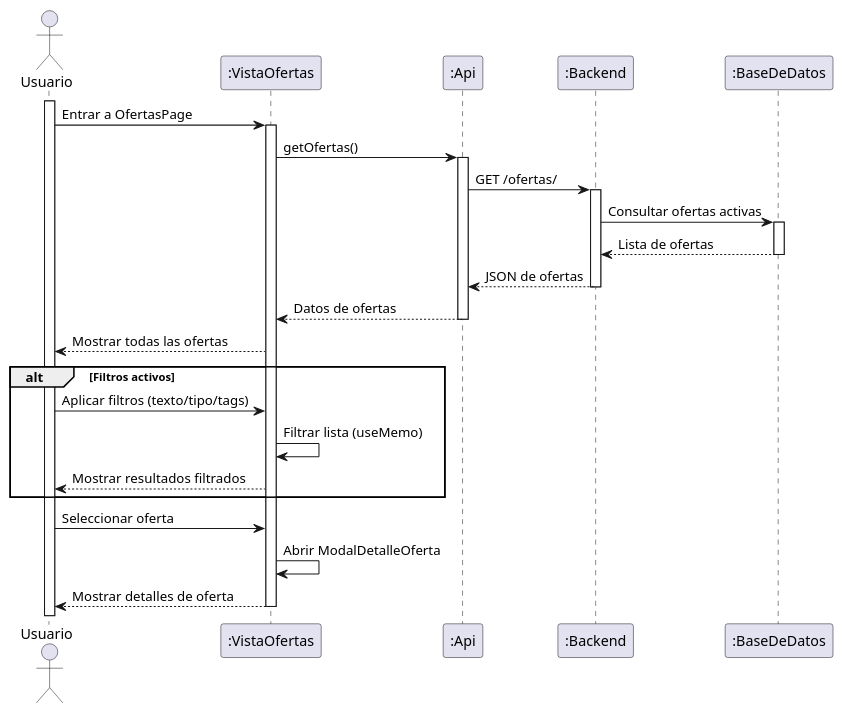
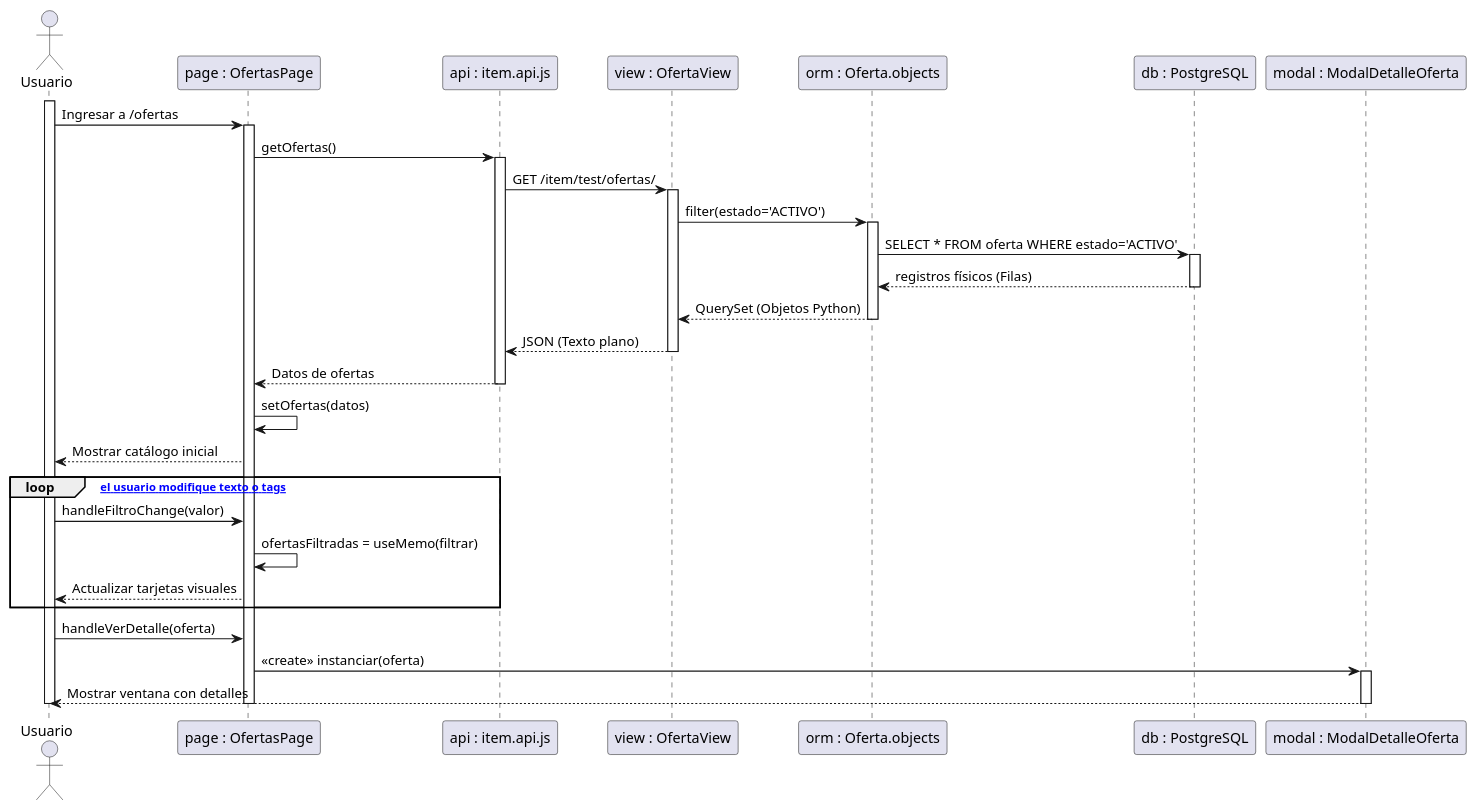
The diagram in Diagramas/H3.puml (amelieaml/BlueTrade), drawn with PlantUML before and after one commit. The commit also changed 4 other files, not shown here.

Commit message:
Diagramas de Secuencia

```diff
--- a/Diagramas/H3.puml
+++ b/Diagramas/H3.puml
@@ -1,40 +1,56 @@
 @startuml
 skinparam actorStyle stick
 
-actor Usuario
-participant ":VistaOfertas" as Vista
-participant ":Api" as Api
-participant ":Backend" as Back
-participant ":BaseDeDatos" as DB
+actor "Usuario" as user
+participant "page : OfertasPage" as page
+participant "api : item.api.js" as api
+participant "view : OfertaView" as view
+participant "orm : Oferta.objects" as orm
+participant "db : PostgreSQL" as db
+participant "modal : ModalDetalleOferta" as modal
 
-activate Usuario
-Usuario -> Vista: Entrar a OfertasPage
-activate Vista
+activate user
+user -> page : Ingresar a /ofertas
+activate page
 
-Vista -> Api: getOfertas()
-activate Api
-Api -> Back: GET /ofertas/
-activate Back
-Back -> DB: Consultar ofertas activas
-activate DB
-DB --> Back: Lista de ofertas
-deactivate DB
-Back --> Api: JSON de ofertas
-deactivate Back
-Api --> Vista: Datos de ofertas
-deactivate Api
+page -> api : getOfertas()
+activate api
 
-Vista --> Usuario: Mostrar todas las ofertas
+api -> view : GET /item/test/ofertas/
+activate view
 
-alt Filtros activos
-    Usuario -> Vista: Aplicar filtros (texto/tipo/tags)
-    Vista -> Vista: Filtrar lista (useMemo)
-    Vista --> Usuario: Mostrar resultados filtrados
+view -> orm : filter(estado='ACTIVO')
+activate orm
+
+orm -> db : SELECT * FROM oferta WHERE estado='ACTIVO'
+activate db
+db --> orm : registros físicos (Filas)
+deactivate db
+
+orm --> view : QuerySet (Objetos Python)
+deactivate orm
+
+view --> api : JSON (Texto plano)
+deactivate view
+
+api --> page : Datos de ofertas
+deactivate api
+
+page -> page : setOfertas(datos)
+page --> user : Mostrar catálogo inicial
+
+loop [Mientras el usuario modifique texto o tags]
+    user -> page : handleFiltroChange(valor)
+    page -> page : ofertasFiltradas = useMemo(filtrar)
+    page --> user : Actualizar tarjetas visuales
 end
 
-Usuario -> Vista: Seleccionar oferta
-Vista -> Vista: Abrir ModalDetalleOferta
-Vista --> Usuario: Mostrar detalles de oferta
-deactivate Vista
+user -> page : handleVerDetalle(oferta)
+page -> modal : <<create>> instanciar(oferta)
+activate modal
+modal --> user : Mostrar ventana con detalles
+deactivate modal
 
+deactivate page
+deactivate user
 @enduml
```
